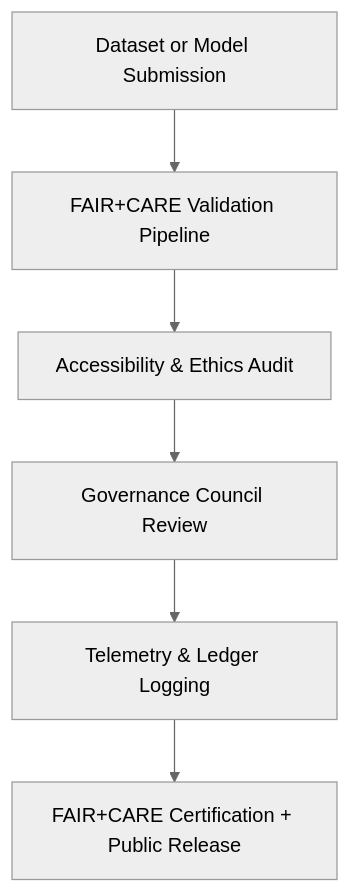
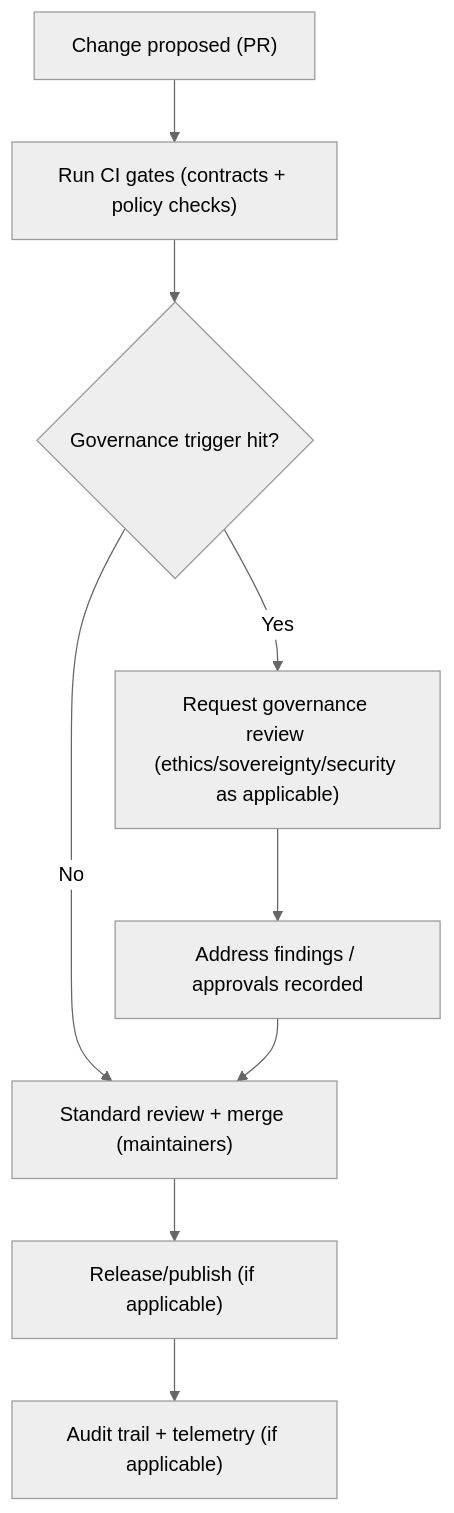
Before and after one commit to bartytime4life/Kansas-Frontier-Matrix: the diagram in docs/governance/README.md, drawn with Mermaid (neutral theme). The commit also changed other lines of this file, not shown here.

````diff
--- a/docs/governance/README.md
+++ b/docs/governance/README.md
@@ -111,8 +178,11 @@
-```mermaid
+~~~mermaid
 flowchart TD
-A["Dataset or Model Submission"] --> B["FAIR+CARE Validation Pipeline"]
-B --> C["Accessibility & Ethics Audit"]
-C --> D["Governance Council Review"]
-D --> E["Telemetry & Ledger Logging"]
-E --> F["FAIR+CARE Certification + Public Release"]
-```
+  A["Change proposed (PR)"] --> B["Run CI gates (contracts + policy checks)"]
+  B --> C{"Governance trigger hit?"}
+  C -- "No" --> D["Standard review + merge (maintainers)"]
+  C -- "Yes" --> E["Request governance review (ethics/sovereignty/security as applicable)"]
+  E --> F["Address findings / approvals recorded"]
+  F --> D
+  D --> G["Release/publish (if applicable)"]
+  G --> H["Audit trail + telemetry (if applicable)"]
+~~~
````
